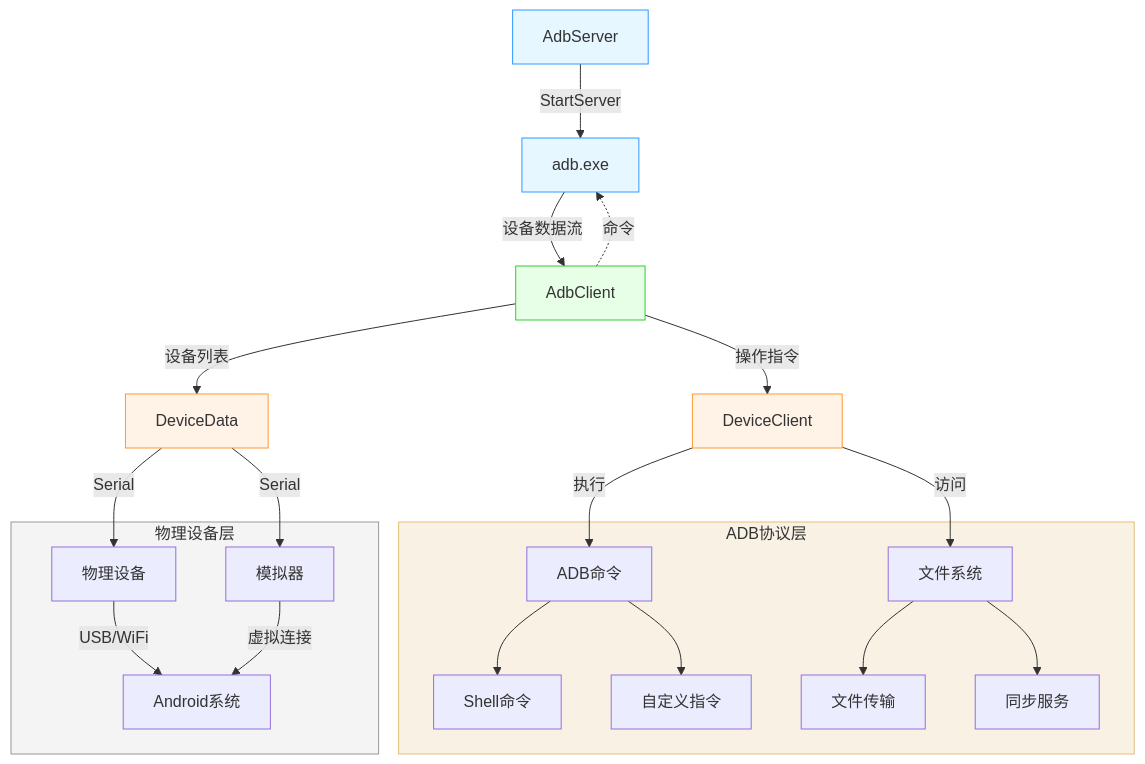
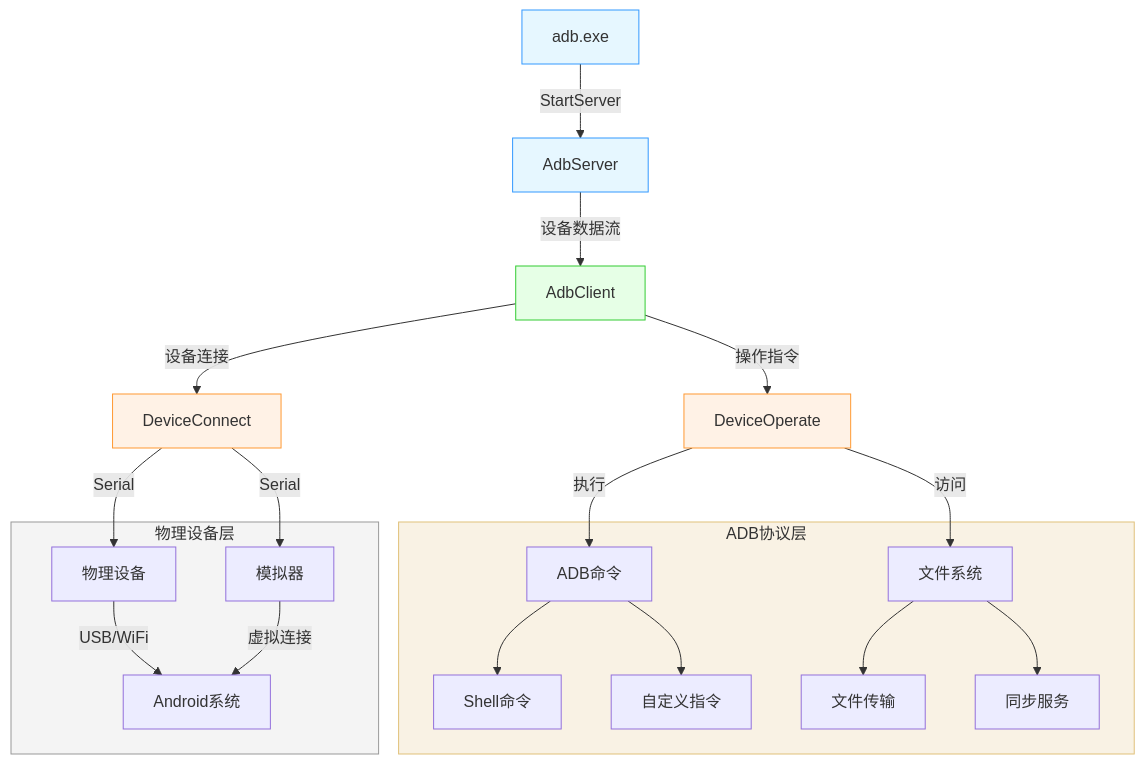
One commit to jzc12/blog changed the diagram in src/articles/adb.md. Above: the diagram before and after it, drawn with Mermaid. The commit also changed other lines of this file and 1 other file, not shown here.

````diff
--- a/src/articles/adb.md
+++ b/src/articles/adb.md
@@ -147,49 +147,46 @@
 ```mermaid
 graph TD
     %% 第一步：启动adb服务
-    AdbServer["AdbServer"] -->|StartServer| LocalAdb[adb.exe]
+    LocalAdb[adb.exe] -->|StartServer| AdbServer["AdbServer"]
     
     %% 第二步：AdbClient 连接服务
-    LocalAdb -->|设备数据流| AdbClient["AdbClient"]
+    AdbServer -->|设备数据流| AdbClient["AdbClient"]
     
     %% 第三步：设备发现与操作
-    AdbClient -->|设备列表| DeviceData["DeviceData"]
-    AdbClient -->|操作指令| DeviceClient["DeviceClient"]
+    AdbClient -->|设备连接| DeviceConnect["DeviceConnect"]
+    AdbClient -->|操作指令| DeviceOperate["DeviceOperate"]
     
-    DeviceData -->|Serial| PhysicalDevice["物理设备"]
-    DeviceData -->|Serial| Emulator["模拟器"]
+    DeviceConnect -->|Serial| PhysicalDevice["物理设备"]
+    DeviceConnect -->|Serial| Emulator["模拟器"]
     
     %% 协议执行层
-    DeviceClient -->|执行| Commands["ADB命令"]
-    DeviceClient -->|访问| FileSystem["文件系统"]
+    DeviceOperate -->|执行| Commands["ADB命令"]
+    DeviceOperate -->|访问| FileSystem["文件系统"]
     
 
     subgraph ADB协议层["ADB协议层"]
         Commands --> Shell["Shell命令"]
         Commands --> Command["自定义指令"]
         FileSystem --> PushPull["文件传输"]
         FileSystem --> Sync["同步服务"]
     end
     
     %% 物理连接
     subgraph 物理设备层["物理设备层"]
         PhysicalDevice -->|USB/WiFi| AndroidOS["Android系统"]
         Emulator -->|虚拟连接| AndroidOS
     end
     
-    %% 添加虚线表示通信
-    AdbClient -. "命令" .-> LocalAdb
-    
     %% 样式定义
     classDef server fill:#e6f7ff,stroke:#3399ff;
     classDef client fill:#e6ffe6,stroke:#33cc33;
     classDef device fill:#fff2e6,stroke:#ff9933;
     classDef protocol fill:#f9f2e4,stroke:#e0c17a;
     classDef physical fill:#f4f4f4,stroke:#999999;
     
     class AdbServer,LocalAdb server;
     class AdbClient client;
-    class DeviceData,DeviceClient device;
+    class DeviceConnect,DeviceOperate device;
     class ADB协议层 protocol;
     class 物理设备层 physical;
 ```
````
